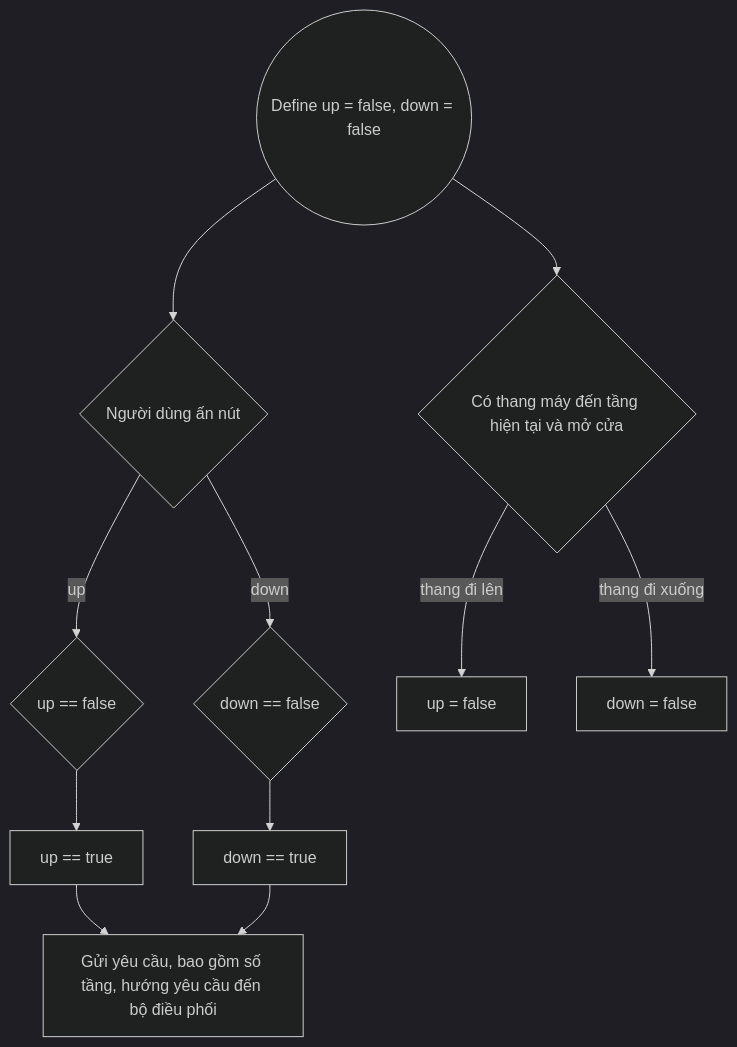
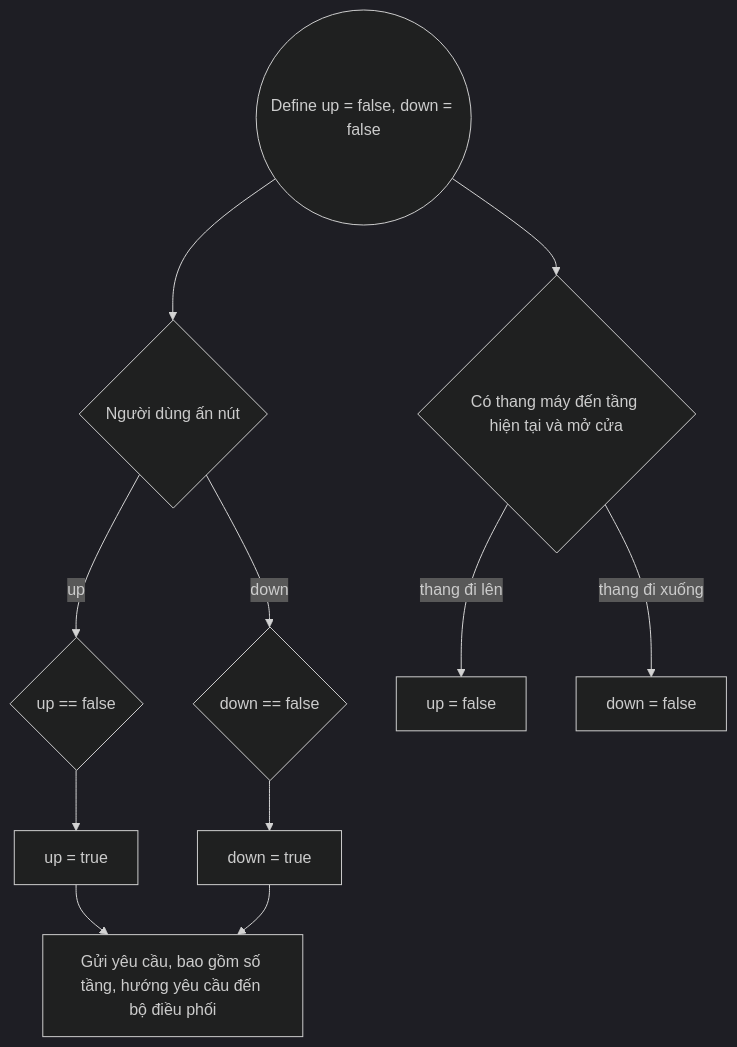
One commit to brianhuster/elevator-simulator changed the second of 2 diagrams in README.md. Above: the diagram before and after it, drawn with Mermaid (dark theme). The commit also changed 3 other files, not shown here.

````diff
--- a/README.md
+++ b/README.md
@@ -89,10 +89,10 @@
 ```mermaid
 flowchart TD
 A((Define up = false, down = false))
 A --> B{Người dùng ấn nút}
-B -- up --> C{up == false} --> D[up == true] --> E[Gửi yêu cầu, bao gồm số tầng, hướng yêu cầu đến bộ điều phối]
-B -- down --> F{down == false} --> G[down == true] --> E
+B -- up --> C{up == false} --> D[up = true] --> E[Gửi yêu cầu, bao gồm số tầng, hướng yêu cầu đến bộ điều phối]
+B -- down --> F{down == false} --> G[down = true] --> E
 A --> H{Có thang máy đến tầng hiện tại và mở cửa}
 H -- thang đi lên --> I[up = false]
 H -- thang đi xuống --> J[down = false]
 ```
````
